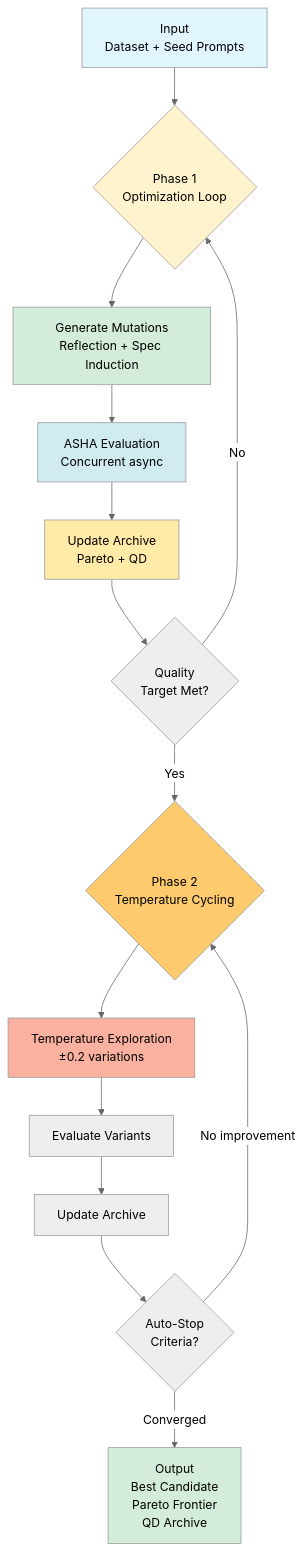
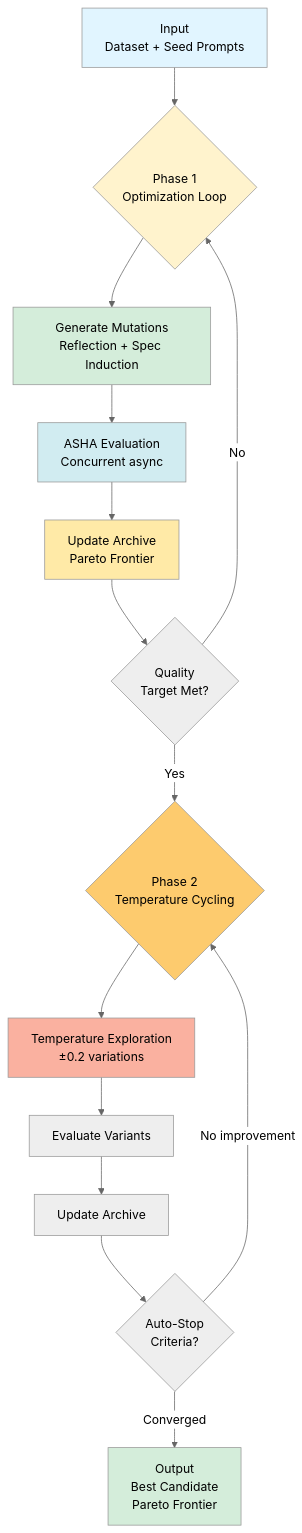
The first of 4 diagrams in README.md (gepa-ai/gepa), drawn with Mermaid (neutral theme) before and after one commit. The commit also changed other lines of this file and 59 other files, not shown here.

````diff
--- a/README.md
+++ b/README.md
@@ -290,29 +287,29 @@
 ```mermaid
 graph TB
     Start[Input<br/>Dataset + Seed Prompts] --> Phase1{Phase 1<br/>Optimization Loop}
 
     Phase1 --> Mutate[Generate Mutations<br/>Reflection + Spec Induction]
     Mutate --> Eval[ASHA Evaluation<br/>Concurrent async]
-    Eval --> Archive[Update Archive<br/>Pareto + QD]
+    Eval --> Archive[Update Archive<br/>Pareto Frontier]
     Archive --> Check1{Quality<br/>Target Met?}
 
     Check1 -->|No| Phase1
     Check1 -->|Yes| Phase2{Phase 2<br/>Temperature Cycling}
 
     Phase2 --> TempExplore[Temperature Exploration<br/>±0.2 variations]
     TempExplore --> EvalTemp[Evaluate Variants]
     EvalTemp --> ArchiveTemp[Update Archive]
     ArchiveTemp --> Check2{Auto-Stop<br/>Criteria?}
 
     Check2 -->|No improvement| Phase2
-    Check2 -->|Converged| Results[Output<br/>Best Candidate<br/>Pareto Frontier<br/>QD Archive]
+    Check2 -->|Converged| Results[Output<br/>Best Candidate<br/>Pareto Frontier]
 
     style Start fill:#e1f5ff
     style Phase1 fill:#fff3cd
     style Mutate fill:#d4edda
     style Eval fill:#d1ecf1
     style Archive fill:#ffeaa7
     style Phase2 fill:#fdcb6e
     style TempExplore fill:#fab1a0
     style Results fill:#d4edda
 ```
````
